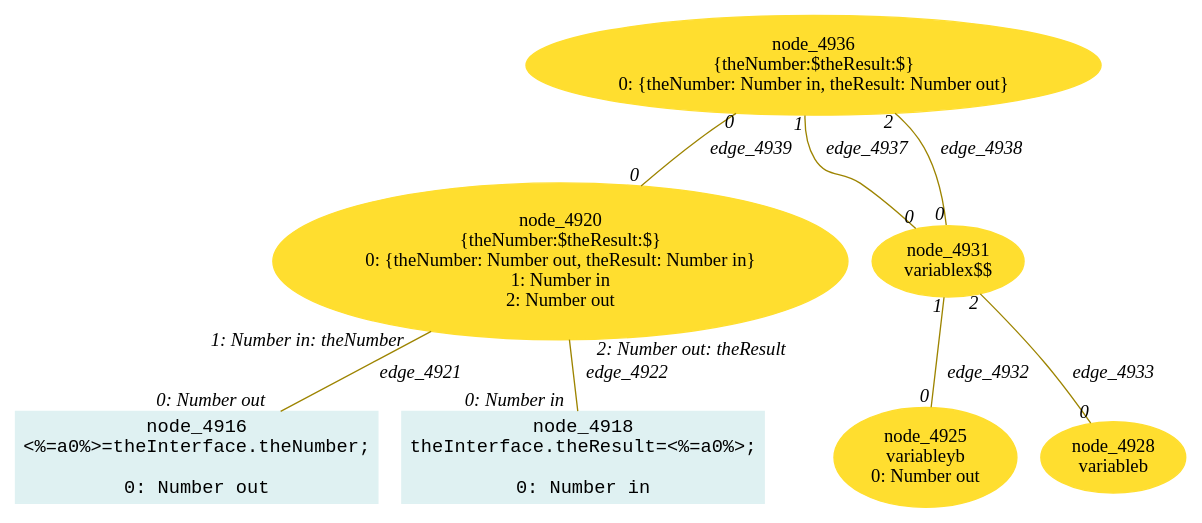
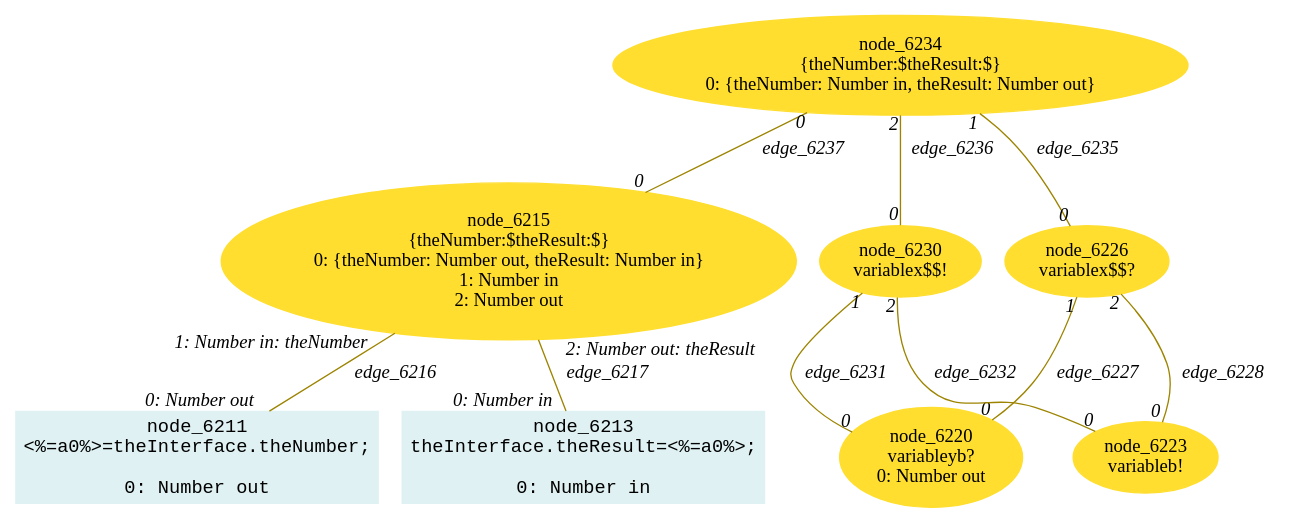
Before and after one commit to crubier/lidl: the diagram in lidl-core/example/ok/referentialTransparency/dot/13referentialTransparencyInstances1.dot, drawn with Graphviz. The commit also changed 2396 other files, not shown here.

Commit message:
ok but make flow does not work

```diff
--- a/lidl-core/example/ok/referentialTransparency/dot/13referentialTransparencyInstances1.dot
+++ b/lidl-core/example/ok/referentialTransparency/dot/13referentialTransparencyInstances1.dot
@@ -1,33 +1,38 @@
-digraph g{node_4916 [shape="box", style="filled", color="#dff1f2", fontname="Courier", label="node_4916
+digraph g{node_6211 [shape="box", style="filled", color="#dff1f2", fontname="Courier", label="node_6211
 <%=a0%>=theInterface.theNumber;
 
 0: Number out" ]
-node_4918 [shape="box", style="filled", color="#dff1f2", fontname="Courier", label="node_4918
+node_6213 [shape="box", style="filled", color="#dff1f2", fontname="Courier", label="node_6213
 theInterface.theResult=<%=a0%>;
 
 0: Number in" ]
-node_4920 [shape="ellipse", style="filled", color="#ffde2f", fontname="Times", label="node_4920
+node_6215 [shape="ellipse", style="filled", color="#ffde2f", fontname="Times", label="node_6215
 {theNumber:$theResult:$}
 0: {theNumber: Number out, theResult: Number in}
 1: Number in
 2: Number out" ]
-node_4925 [shape="ellipse", style="filled", color="#ffde2f", fontname="Times", label="node_4925
-variableyb
+node_6220 [shape="ellipse", style="filled", color="#ffde2f", fontname="Times", label="node_6220
+variableyb?
 0: Number out" ]
-node_4928 [shape="ellipse", style="filled", color="#ffde2f", fontname="Times", label="node_4928
-variableb
+node_6223 [shape="ellipse", style="filled", color="#ffde2f", fontname="Times", label="node_6223
+variableb!
 " ]
-node_4931 [shape="ellipse", style="filled", color="#ffde2f", fontname="Times", label="node_4931
-variablex$$
+node_6226 [shape="ellipse", style="filled", color="#ffde2f", fontname="Times", label="node_6226
+variablex$$?
 " ]
-node_4936 [shape="ellipse", style="filled", color="#ffde2f", fontname="Times", label="node_4936
+node_6230 [shape="ellipse", style="filled", color="#ffde2f", fontname="Times", label="node_6230
+variablex$$!
+" ]
+node_6234 [shape="ellipse", style="filled", color="#ffde2f", fontname="Times", label="node_6234
 {theNumber:$theResult:$}
 0: {theNumber: Number in, theResult: Number out}" ]
-node_4920 -> node_4916 [dir=none, arrowHead=none, fontname="Times-Italic", arrowsize=1, color="#9d8400", label="edge_4921",  headlabel="0: Number out", taillabel="1: Number in: theNumber" ]
-node_4920 -> node_4918 [dir=none, arrowHead=none, fontname="Times-Italic", arrowsize=1, color="#9d8400", label="edge_4922",  headlabel="0: Number in", taillabel="2: Number out: theResult" ]
-node_4931 -> node_4925 [dir=none, arrowHead=none, fontname="Times-Italic", arrowsize=1, color="#9d8400", label="edge_4932",  headlabel="0", taillabel="1" ]
-node_4931 -> node_4928 [dir=none, arrowHead=none, fontname="Times-Italic", arrowsize=1, color="#9d8400", label="edge_4933",  headlabel="0", taillabel="2" ]
-node_4936 -> node_4931 [dir=none, arrowHead=none, fontname="Times-Italic", arrowsize=1, color="#9d8400", label="edge_4937",  headlabel="0", taillabel="1" ]
-node_4936 -> node_4931 [dir=none, arrowHead=none, fontname="Times-Italic", arrowsize=1, color="#9d8400", label="edge_4938",  headlabel="0", taillabel="2" ]
-node_4936 -> node_4920 [dir=none, arrowHead=none, fontname="Times-Italic", arrowsize=1, color="#9d8400", label="edge_4939",  headlabel="0", taillabel="0" ]
+node_6215 -> node_6211 [dir=none, arrowHead=none, fontname="Times-Italic", arrowsize=1, color="#9d8400", label="edge_6216",  headlabel="0: Number out", taillabel="1: Number in: theNumber" ]
+node_6215 -> node_6213 [dir=none, arrowHead=none, fontname="Times-Italic", arrowsize=1, color="#9d8400", label="edge_6217",  headlabel="0: Number in", taillabel="2: Number out: theResult" ]
+node_6226 -> node_6220 [dir=none, arrowHead=none, fontname="Times-Italic", arrowsize=1, color="#9d8400", label="edge_6227",  headlabel="0", taillabel="1" ]
+node_6226 -> node_6223 [dir=none, arrowHead=none, fontname="Times-Italic", arrowsize=1, color="#9d8400", label="edge_6228",  headlabel="0", taillabel="2" ]
+node_6230 -> node_6220 [dir=none, arrowHead=none, fontname="Times-Italic", arrowsize=1, color="#9d8400", label="edge_6231",  headlabel="0", taillabel="1" ]
+node_6230 -> node_6223 [dir=none, arrowHead=none, fontname="Times-Italic", arrowsize=1, color="#9d8400", label="edge_6232",  headlabel="0", taillabel="2" ]
+node_6234 -> node_6226 [dir=none, arrowHead=none, fontname="Times-Italic", arrowsize=1, color="#9d8400", label="edge_6235",  headlabel="0", taillabel="1" ]
+node_6234 -> node_6230 [dir=none, arrowHead=none, fontname="Times-Italic", arrowsize=1, color="#9d8400", label="edge_6236",  headlabel="0", taillabel="2" ]
+node_6234 -> node_6215 [dir=none, arrowHead=none, fontname="Times-Italic", arrowsize=1, color="#9d8400", label="edge_6237",  headlabel="0", taillabel="0" ]
 }
```
